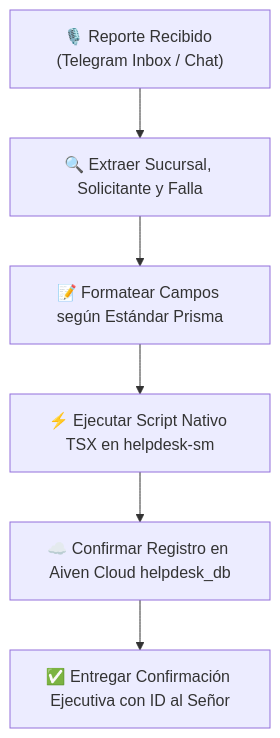
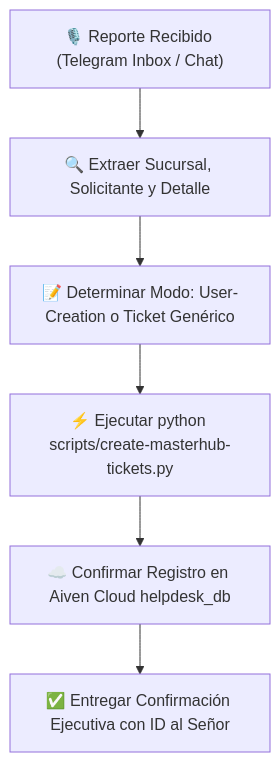
Before and after one commit to vmontoyasmtop/2brain-vmontoya: the diagram in wiki/trabajo/sop-creacion-tickets-masterhub.md, drawn with Mermaid. The commit also changed other lines of this file and 2 other files, not shown here.

Commit message:
feat(helpdesk): CLI estandarizado y protocolo SOP para creacion de tickets en MasterHub

````diff
--- a/wiki/trabajo/sop-creacion-tickets-masterhub.md
+++ b/wiki/trabajo/sop-creacion-tickets-masterhub.md
@@ -60,8 +85,8 @@
 ```mermaid
 flowchart TD
-    A["🎙️ Reporte Recibido (Telegram Inbox / Chat)"] --> B["🔍 Extraer Sucursal, Solicitante y Falla"]
-    B --> C["📝 Formatear Campos según Estándar Prisma"]
-    C --> D["⚡ Ejecutar Script Nativo TSX en helpdesk-sm"]
+    A["🎙️ Reporte Recibido (Telegram Inbox / Chat)"] --> B["🔍 Extraer Sucursal, Solicitante y Detalle"]
+    B --> C["📝 Determinar Modo: User-Creation o Ticket Genérico"]
+    C --> D["⚡ Ejecutar python scripts/create-masterhub-tickets.py"]
     D --> E["☁️ Confirmar Registro en Aiven Cloud helpdesk_db"]
     E --> F["✅ Entregar Confirmación Ejecutiva con ID al Señor"]
 ```
````
